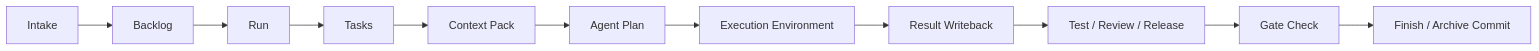
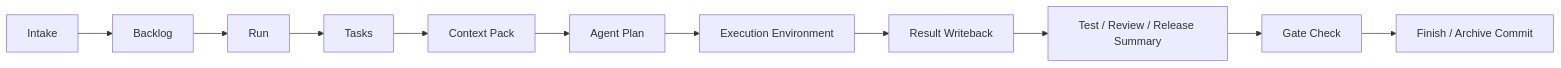
One commit to benforge/crewup-harness changed the second of 2 diagrams in README.en.md. Above: the diagram before and after it, drawn with Mermaid. The commit also changed other lines of this file and 28 other files, not shown here.

````diff
--- a/README.en.md
+++ b/README.en.md
@@ -83,13 +91,13 @@
 ```mermaid
 flowchart LR
   A["Intake"] --> B["Backlog"]
   B --> C["Run"]
   C --> D["Tasks"]
   D --> E["Context Pack"]
   E --> F["Agent Plan"]
   F --> G["Execution Environment"]
   G --> H["Result Writeback"]
-  H --> I["Test / Review / Release"]
+  H --> I["Test / Review / Release Summary"]
   I --> J["Gate Check"]
   J --> K["Finish / Archive Commit"]
 ```
````
